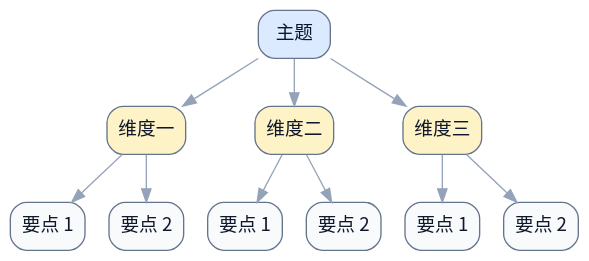
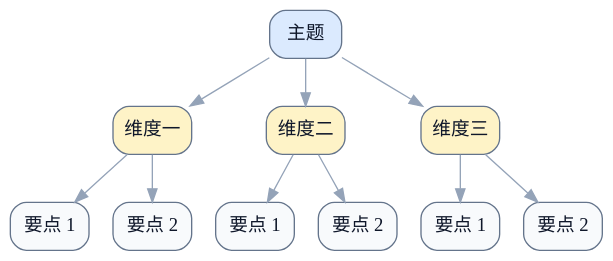
The fifth of 5 diagrams in skills/draw-dot/references/patterns.md (terencefan/inority-workspace), drawn with Graphviz before and after one commit. The commit also changed other lines of this file and 35 other files, not shown here.

````diff
--- a/skills/draw-dot/references/patterns.md
+++ b/skills/draw-dot/references/patterns.md
@@ -126,29 +126,29 @@
 ```dot
 digraph G {
-  graph [fontname="Noto Sans CJK SC", rankdir=TB, bgcolor="transparent"];
-  node [fontname="Noto Sans CJK SC", shape=box, style="rounded,filled", color="#64748b", fontcolor="#0f172a", fillcolor="#f8fafc"];
-  edge [fontname="Noto Sans CJK SC", color="#94a3b8", fontcolor="#94a3b8"];
+  graph [rankdir=TB, bgcolor="transparent"];
+  node [shape=box, style="rounded,filled", color="#64748b", fontcolor="#0f172a", fillcolor="#f8fafc"];
+  edge [color="#94a3b8", fontcolor="#94a3b8"];
 
   root [label="主题", fillcolor="#dbeafe"];
   area_1 [label="维度一", fillcolor="#fef3c7"];
   area_2 [label="维度二", fillcolor="#fef3c7"];
   area_3 [label="维度三", fillcolor="#fef3c7"];
 
   leaf_11 [label="要点 1", fillcolor="#f8fafc"];
   leaf_12 [label="要点 2", fillcolor="#f8fafc"];
   leaf_21 [label="要点 1", fillcolor="#f8fafc"];
   leaf_22 [label="要点 2", fillcolor="#f8fafc"];
   leaf_31 [label="要点 1", fillcolor="#f8fafc"];
   leaf_32 [label="要点 2", fillcolor="#f8fafc"];
 
   root -> area_1;
   root -> area_2;
   root -> area_3;
   area_1 -> leaf_11;
   area_1 -> leaf_12;
   area_2 -> leaf_21;
   area_2 -> leaf_22;
   area_3 -> leaf_31;
   area_3 -> leaf_32;
 }
 ```
````
